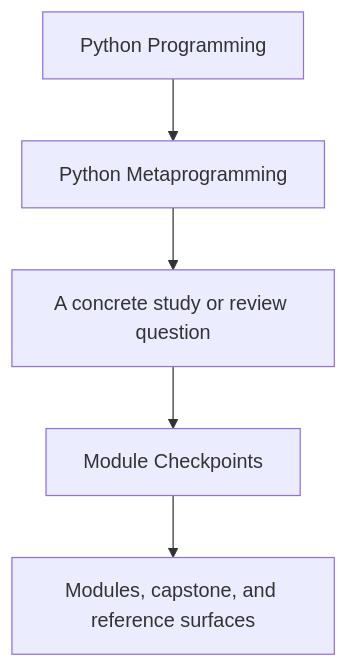
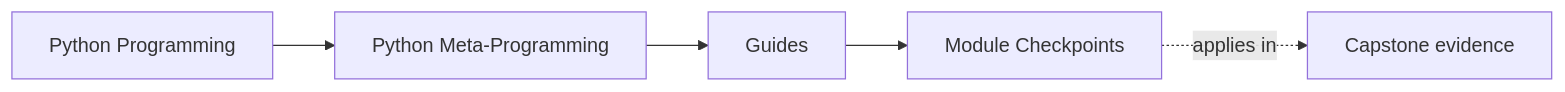
Before and after one commit to bijux/bijux-masterclass: the first of 2 diagrams in programs/python-programming/python-meta-programming/course-book/guides/module-checkpoints.md, drawn with Mermaid. The commit also changed other lines of this file and 55 other files, not shown here.

Commit message:
docs(python-meta-programming): map runtime foundations and inspection routes

````diff
--- a/programs/python-programming/python-meta-programming/course-book/guides/module-checkpoints.md
+++ b/programs/python-programming/python-meta-programming/course-book/guides/module-checkpoints.md
@@ -6,7 +6,11 @@
 ```mermaid
-flowchart TD
-  family["Python Programming"] --> program["Python Metaprogramming"]
-  program --> pressure["A concrete study or review question"]
-  pressure --> guide["Module Checkpoints"]
-  guide --> next["Modules, capstone, and reference surfaces"]
+graph LR
+  family["Python Programming"]
+  program["Python Meta-Programming"]
+  section["Guides"]
+  page["Module Checkpoints"]
+  capstone["Capstone evidence"]
+
+  family --> program --> section --> page
+  page -.applies in.-> capstone
 ```
````
